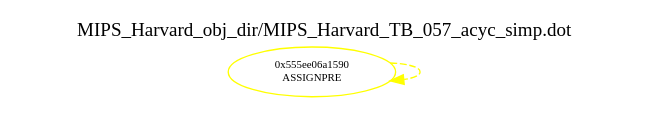
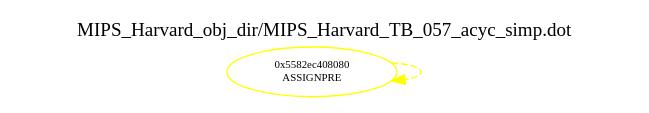
Before and after one commit to jjlehner/MIPS_CPU_Project: the diagram in unofficial/preliminary_testing/MIPS_Harvard_obj_dir/MIPS_Harvard_TB_057_acyc_simp.dot, drawn with Graphviz. The commit also changed 99 other files, not shown here.

```diff
--- a/unofficial/preliminary_testing/MIPS_Harvard_obj_dir/MIPS_Harvard_TB_057_acyc_simp.dot
+++ b/unofficial/preliminary_testing/MIPS_Harvard_obj_dir/MIPS_Harvard_TB_057_acyc_simp.dot
@@ -1,8 +1,8 @@
 digraph v3graph {
 	graph	[label="MIPS_Harvard_obj_dir/MIPS_Harvard_TB_057_acyc_simp.dot",
 		 labelloc=t, labeljust=l,
 		 //size="7.5,10",
 		 rankdir=TB];
-	n0	[fontsize=8 label="0x555ee06a1590\n ASSIGNPRE", color=yellow];
+	n0	[fontsize=8 label="0x5582ec408080\n ASSIGNPRE", color=yellow];
 	n0 -> n0 [fontsize=8 label="" weight=3 color=yellow style=dashed];
 }
```
